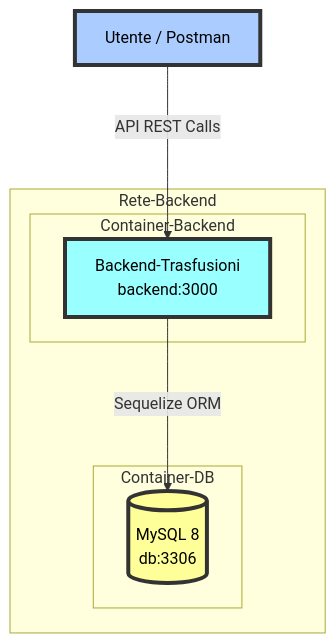
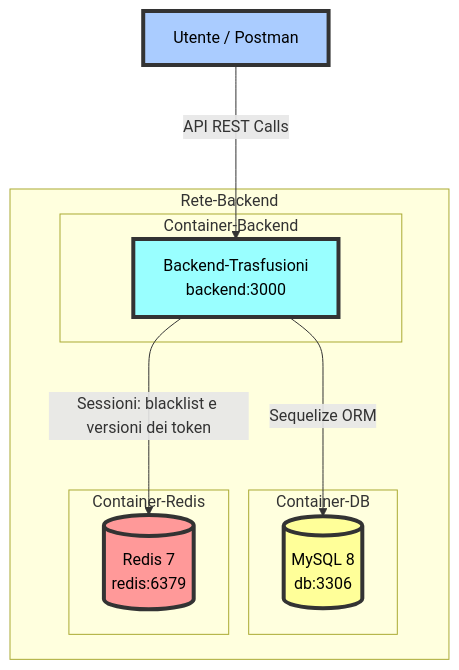
Before and after one commit to antoniodam03/ProgettoProgrammazioneAvanzata: the first of 6 diagrams in README.md, drawn with Mermaid. The commit also changed other lines of this file, not shown here.

````diff
--- a/README.md
+++ b/README.md
@@ -63,21 +61,26 @@
 ```mermaid
 graph TD;
     user[Utente / Postman]
 
     subgraph Rete-Backend
         subgraph Container-Backend
             backend[Backend-Trasfusioni<br>backend:3000]
         end
         subgraph Container-DB
             db[(MySQL 8<br>db:3306)]
         end
+        subgraph Container-Redis
+            redis[(Redis 7<br>redis:6379)]
+        end
     end
 
     %% Usando frecce più lunghe (--->) il testo non si accavalla
     user ---> |API REST Calls| backend
     backend ---> |Sequelize ORM| db
+    backend ---> |Sessioni: blacklist e versioni dei token| redis
 
     style backend fill:#9ff,stroke:#333,stroke-width:4px,color:#000
     style db fill:#ff9,stroke:#333,stroke-width:4px,color:#000
+    style redis fill:#f99,stroke:#333,stroke-width:4px,color:#000
     style user fill:#acf,stroke:#333,stroke-width:4px,color:#000
 ```
````
